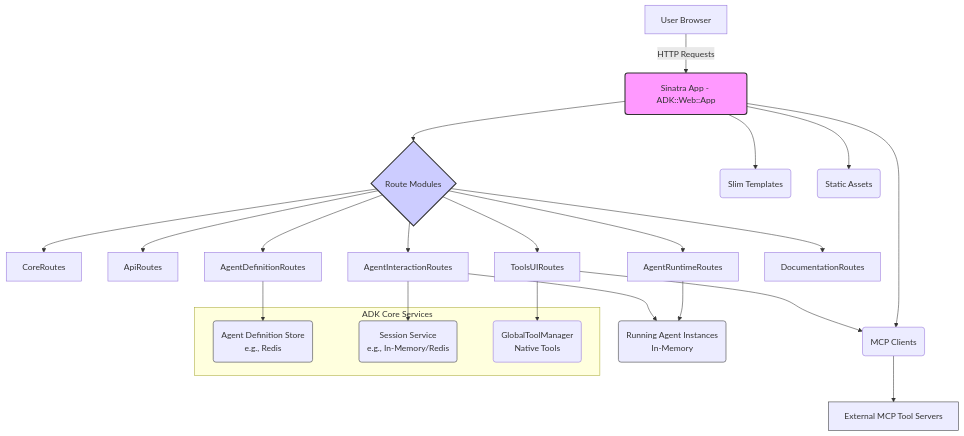
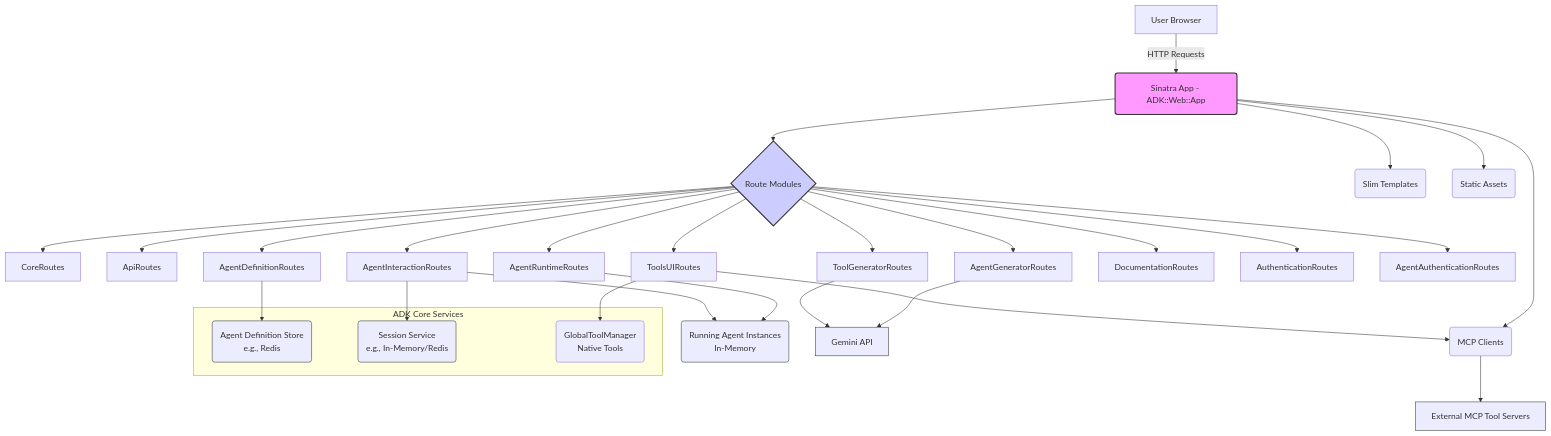
The diagram in public/docs/web_ui/adk_web_ui.md (tweibley/legate), drawn with Mermaid before and after one commit. The commit also changed other lines of this file and 1 other file, not shown here.

````diff
--- a/public/docs/web_ui/adk_web_ui.md
+++ b/public/docs/web_ui/adk_web_ui.md
@@ -41,37 +45,44 @@
 ```mermaid
 graph TD
     A[User Browser] -->|HTTP Requests| B(Sinatra App - ADK::Web::App)
     B --> C{Route Modules}
     C --> CRoutes[CoreRoutes]
     C --> ApiR[ApiRoutes]
     C --> ToolsUI[ToolsUIRoutes]
+    C --> AgentGen[AgentGeneratorRoutes]
+    C --> ToolGen[ToolGeneratorRoutes]
     C --> AgentRuntime[AgentRuntimeRoutes]
     C --> AgentDef[AgentDefinitionRoutes]
     C --> AgentInteract[AgentInteractionRoutes]
     C --> DocsR[DocumentationRoutes]
+    C --> AuthR[AuthenticationRoutes]
+    C --> AgentAuthR[AgentAuthenticationRoutes]
 
     AgentDef --> DStore(Agent Definition Store <br> e.g., Redis)
     AgentRuntime --> AgentsMem(Running Agent Instances <br> In-Memory)
     AgentInteract --> AgentsMem
     AgentInteract --> SService(Session Service <br> e.g., In-Memory/Redis)
 
     B --> Views(Slim Templates)
     B --> Static(Static Assets)
     B --> MCPClients(MCP Clients)
     MCPClients --> ExtMCP[External MCP Tool Servers]
     ToolsUI --> GlobalTools(GlobalToolManager <br> Native Tools)
     ToolsUI --> MCPClients
+    AgentGen --> GeminiAPI[Gemini API]
+    ToolGen --> GeminiAPI
 
     subgraph "ADK Core Services"
         DStore
         SService
         GlobalTools
     end
 
     style B fill:#f9f,stroke:#333,stroke-width:2px
     style C fill:#ccf,stroke:#333,stroke-width:2px
     style DStore fill:#lightgrey,stroke:#333
     style AgentsMem fill:#lightgrey,stroke:#333
     style SService fill:#lightgrey,stroke:#333
     style ExtMCP fill:#orange,stroke:#333
+    style GeminiAPI fill:#lightblue,stroke:#333
 ```
````
